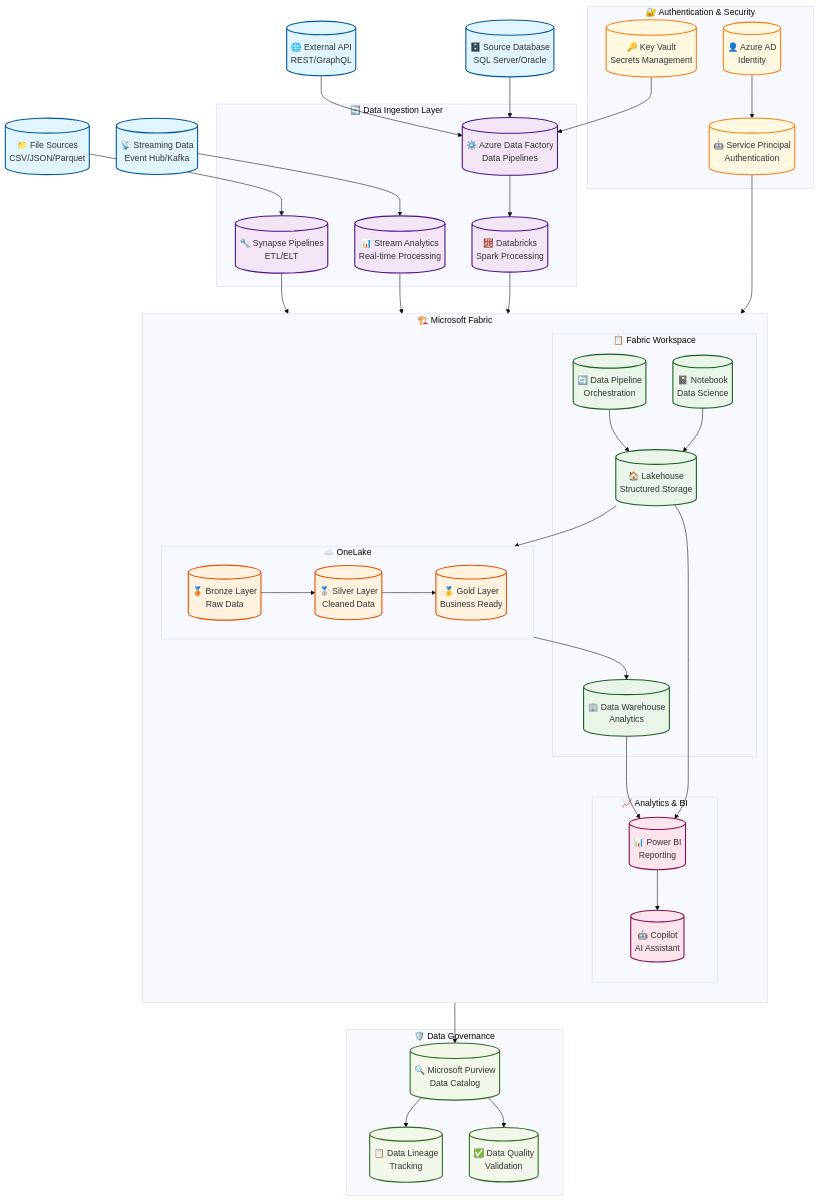
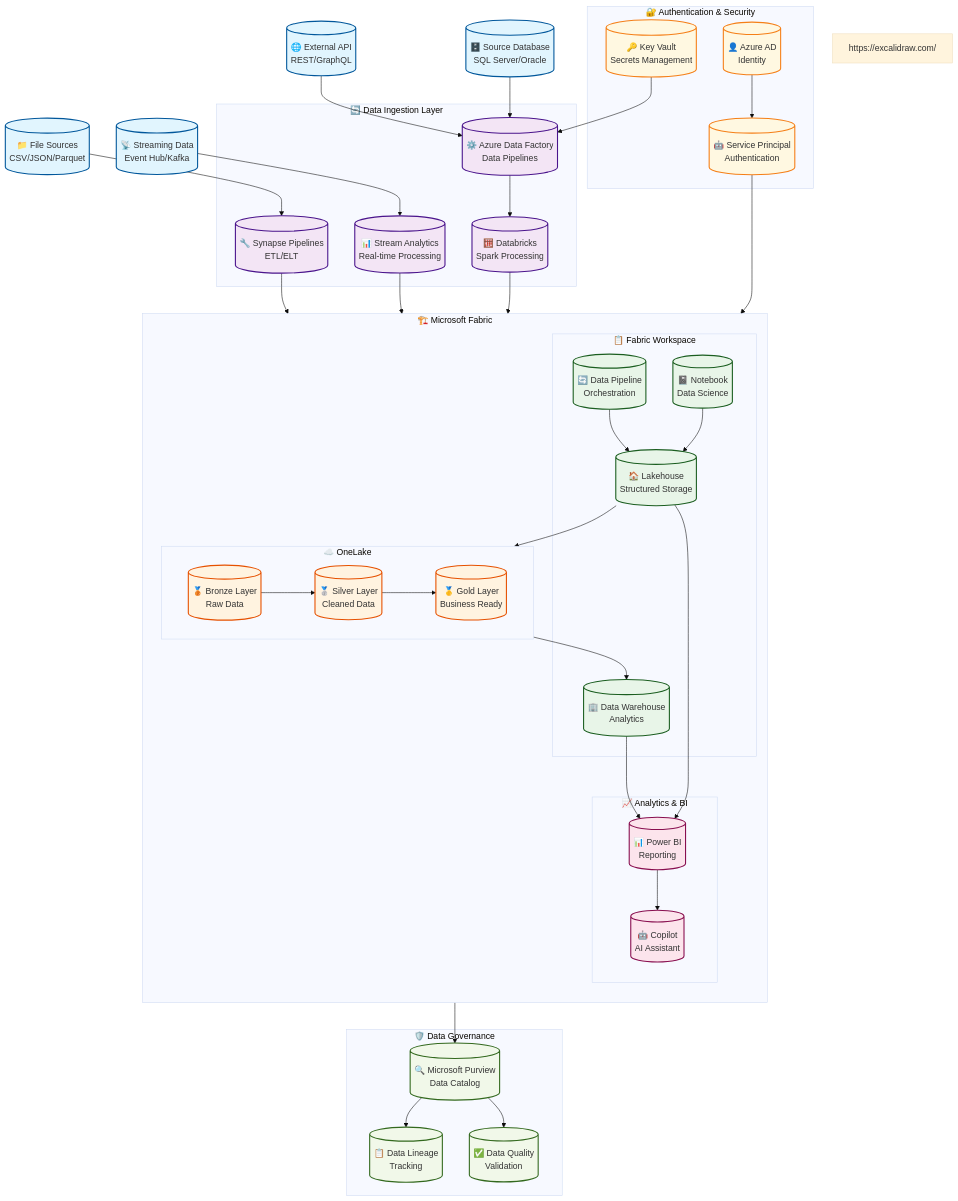
The diagram in docs/ingestion-framework-diagram.md (RyanMicrosoftContosoUniversity/fabric-cicd-demo), drawn with Mermaid (base theme) before and after one commit. The commit also changed 6 other files, not shown here.

Commit message:
updated excalidraw diagrams

```diff
--- a/docs/ingestion-framework-diagram.md
+++ b/docs/ingestion-framework-diagram.md
@@ -5,7 +5,7 @@
     DB[("🗄️ Source Database<br/>SQL Server/Oracle")]
     FILES[("📁 File Sources<br/>CSV/JSON/Parquet")]
     STREAM[("📡 Streaming Data<br/>Event Hub/Kafka")]
-    
+    https://excalidraw.com/
     %% Ingestion Layer
     subgraph INGESTION ["🔄 Data Ingestion Layer"]
         ADF[("⚙️ Azure Data Factory<br/>Data Pipelines")]
@@ -14,7 +14,7 @@
         DATABRICKS[("🧮 Databricks<br/>Spark Processing")]
     end
     
-    %% Authentication & Security
+    %% Authentication & Securityhttps://excalidraw.com/
     subgraph AUTH ["🔐 Authentication & Security"]
         KV[("🔑 Key Vault<br/>Secrets Management")]
         AAD[("👤 Azure AD<br/>Identity")]
```
